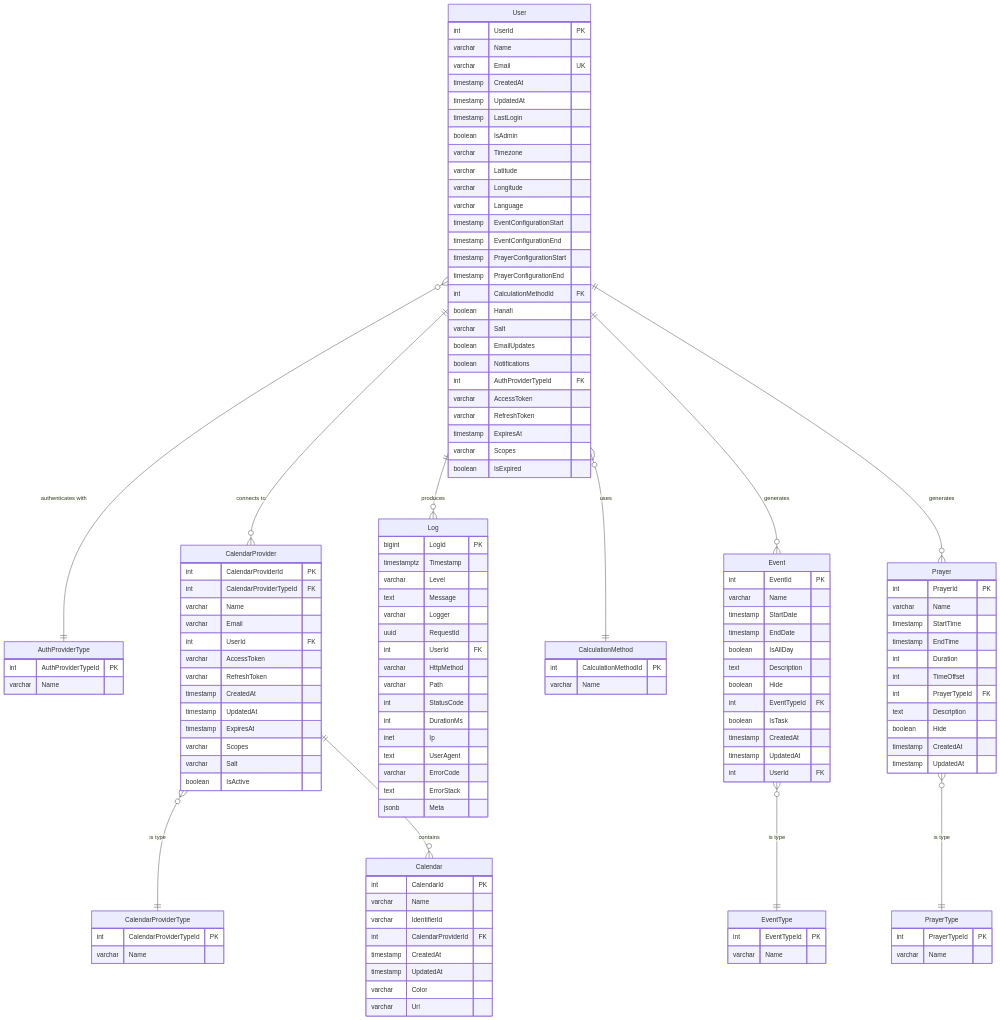
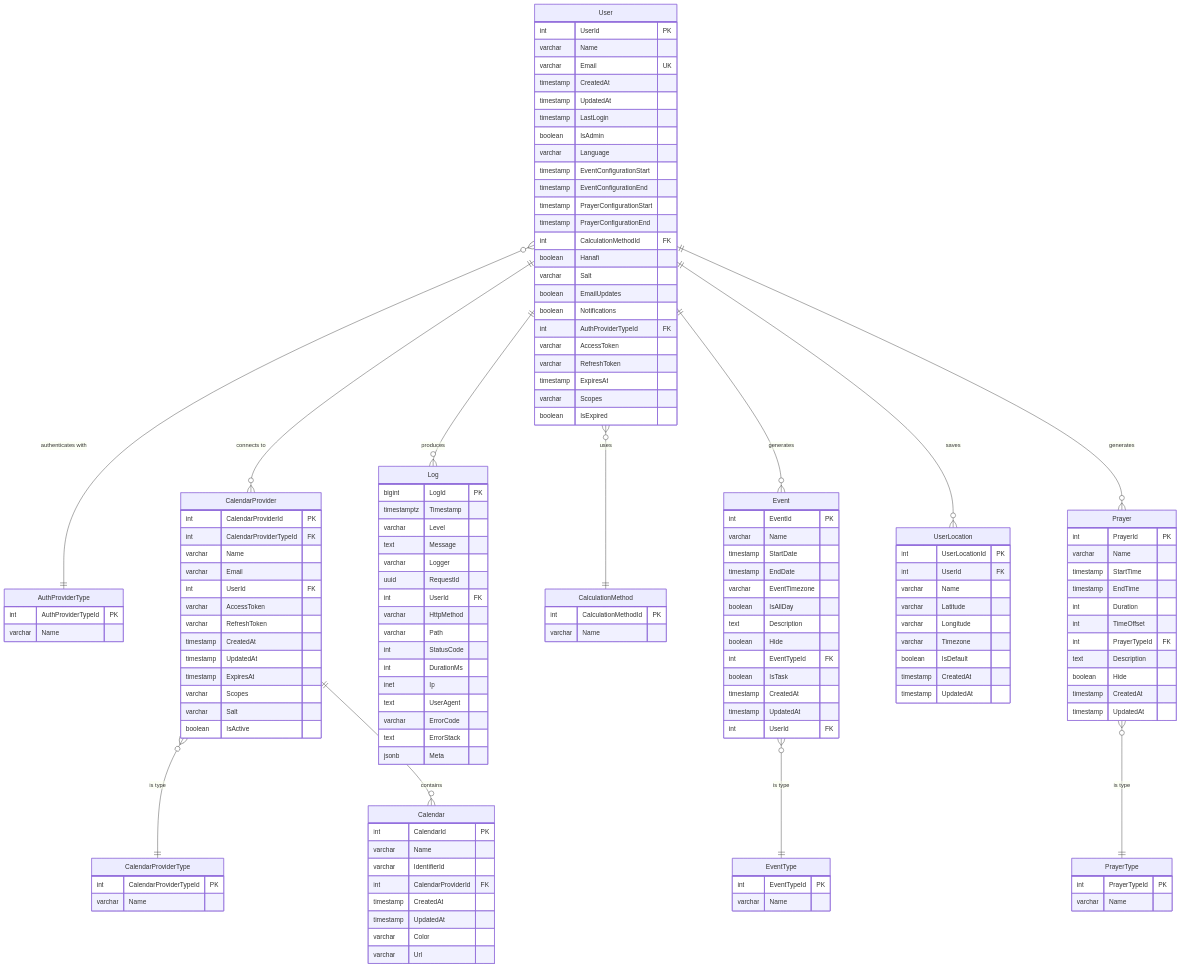
One commit to mdw223/Islamic-Calendar-Sync changed the diagram in _wiki/entity_overview_and_design.md. Above: the diagram before and after it, drawn with Mermaid. The commit also changed other lines of this file and 33 other files, not shown here.

Commit message:
#25 #27 added a settings page and UserLocation, can specify the location and timezone of events.

```diff
--- a/_wiki/entity_overview_and_design.md
+++ b/_wiki/entity_overview_and_design.md
@@ -86,9 +91,6 @@
         timestamp UpdatedAt
         timestamp LastLogin
         boolean IsAdmin
-        varchar Timezone
-        varchar Latitude
-        varchar Longitude
         varchar Language
         timestamp EventConfigurationStart
         timestamp EventConfigurationEnd
@@ -167,6 +169,7 @@
         varchar Name
         timestamp StartDate
         timestamp EndDate
+        varchar EventTimezone
         boolean IsAllDay
         text Description
         boolean Hide
@@ -175,6 +178,18 @@
         timestamp CreatedAt
         timestamp UpdatedAt
         int UserId FK
+    }
+
+    UserLocation {
+        int UserLocationId PK
+        int UserId FK
+        varchar Name
+        varchar Latitude
+        varchar Longitude
+        varchar Timezone
+        boolean IsDefault
+        timestamp CreatedAt
+        timestamp UpdatedAt
     }
 
     %% Commented out in init.sql — planned for future implementation
@@ -213,6 +228,7 @@
     CalendarProvider }o--|| CalendarProviderType : "is type"
     User }o--|| CalculationMethod : "uses"
     User ||--o{ Event : "generates"
+    User ||--o{ UserLocation : "saves"
     Event }o--|| EventType : "is type"
     User ||--o{ Log : "produces"
     CalendarProvider ||--o{ Calendar : "contains"
```
